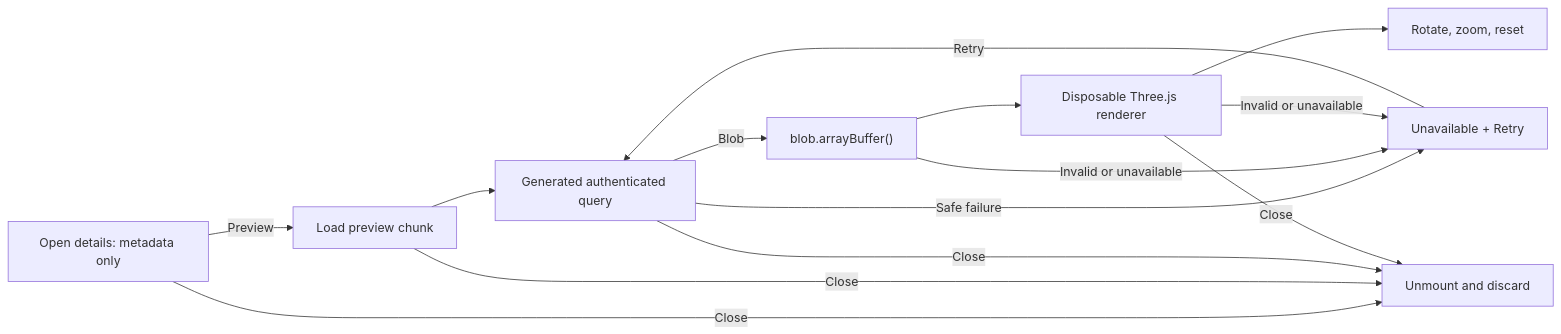
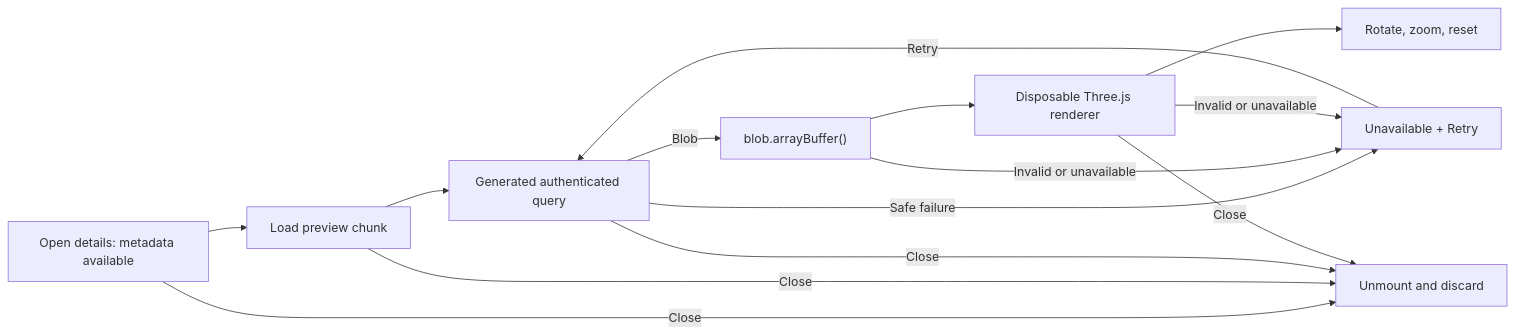
One commit to hugoecken/vytruve-tech-test-he changed the diagram in specs/002-interactive-scan-preview/plan.md. Above: the diagram before and after it, drawn with Mermaid. The commit also changed other lines of this file and 5 other files, not shown here.

````diff
--- a/specs/002-interactive-scan-preview/plan.md
+++ b/specs/002-interactive-scan-preview/plan.md
@@ -60,16 +60,16 @@
 ```mermaid
 flowchart LR
-  Metadata["Open details: metadata only"] -->|Preview| Lazy["Load preview chunk"]
+  Metadata["Open details: metadata available"] --> Lazy["Load preview chunk"]
   Lazy --> Query["Generated authenticated query"]
   Query -->|Blob| Buffer["blob.arrayBuffer()"]
   Buffer --> Renderer["Disposable Three.js renderer"]
   Renderer --> Ready["Rotate, zoom, reset"]
   Query -->|Safe failure| Unavailable["Unavailable + Retry"]
   Buffer -->|Invalid or unavailable| Unavailable
   Renderer -->|Invalid or unavailable| Unavailable
   Unavailable -->|Retry| Query
   Metadata -->|Close| Dispose["Unmount and discard"]
   Lazy -->|Close| Dispose
   Query -->|Close| Dispose
   Renderer -->|Close| Dispose
 ```
````
